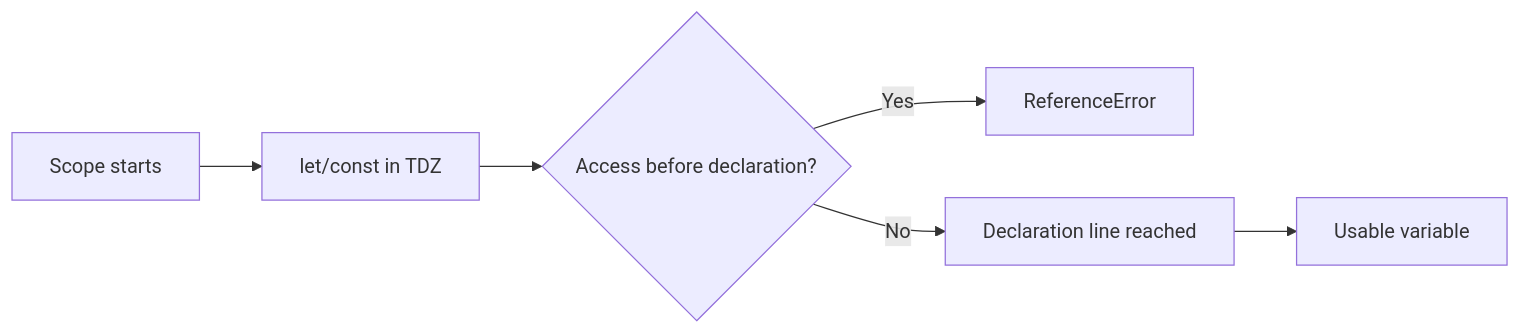
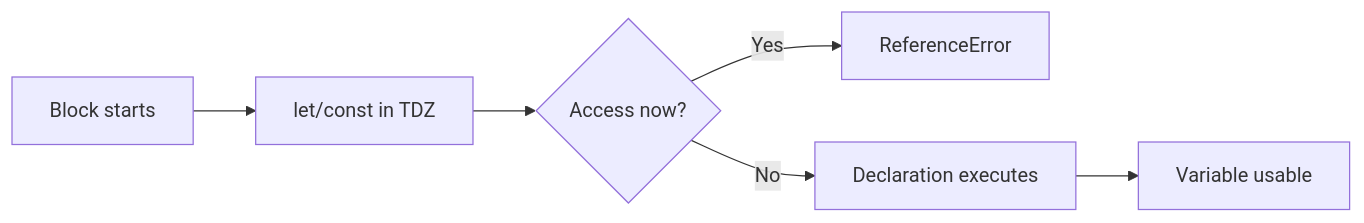
One commit to AbhishekDhone7/javascript-git-basics changed the eighth of 14 diagrams in JavaScript-Beginners-Guide.md. Above: the diagram before and after it, drawn with Mermaid. The commit also changed other lines of this file and 1 other file, not shown here.

````diff
--- a/JavaScript-Beginners-Guide.md
+++ b/JavaScript-Beginners-Guide.md
@@ -610,8 +606,8 @@
 ```mermaid
 flowchart LR
-A[Scope starts] --> B[let/const in TDZ]
-B --> C{Access before declaration?}
+A[Block starts] --> B[let/const in TDZ]
+B --> C{Access now?}
 C -- Yes --> D[ReferenceError]
-C -- No --> E[Declaration line reached]
-E --> F[Usable variable]
+C -- No --> E[Declaration executes]
+E --> F[Variable usable]
 ```
````
